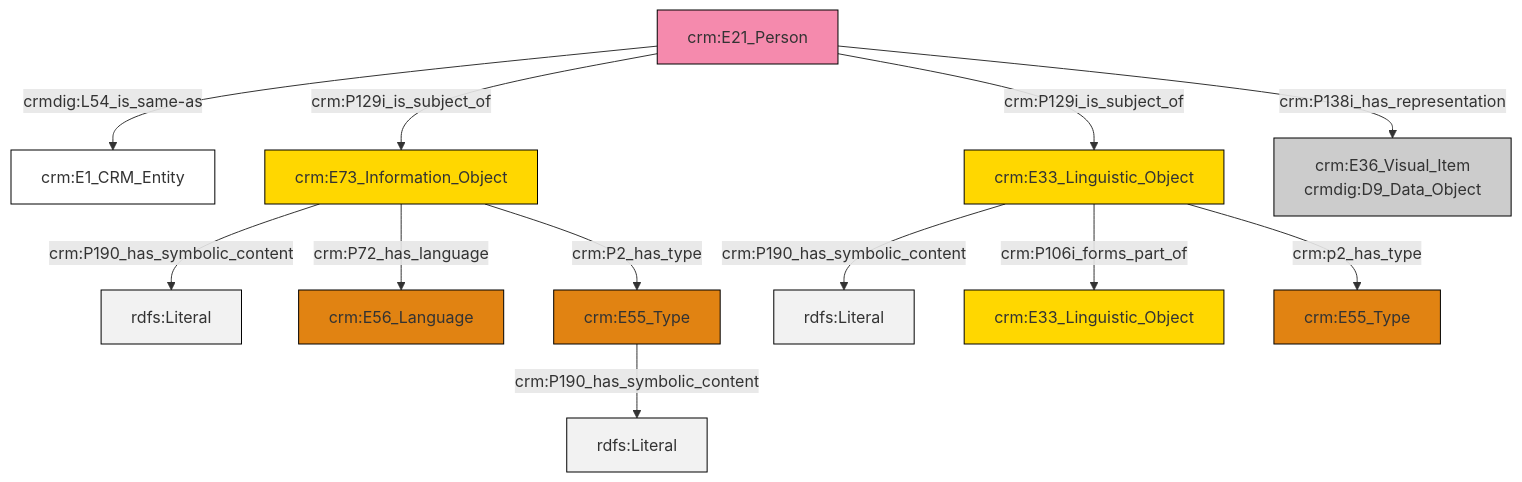
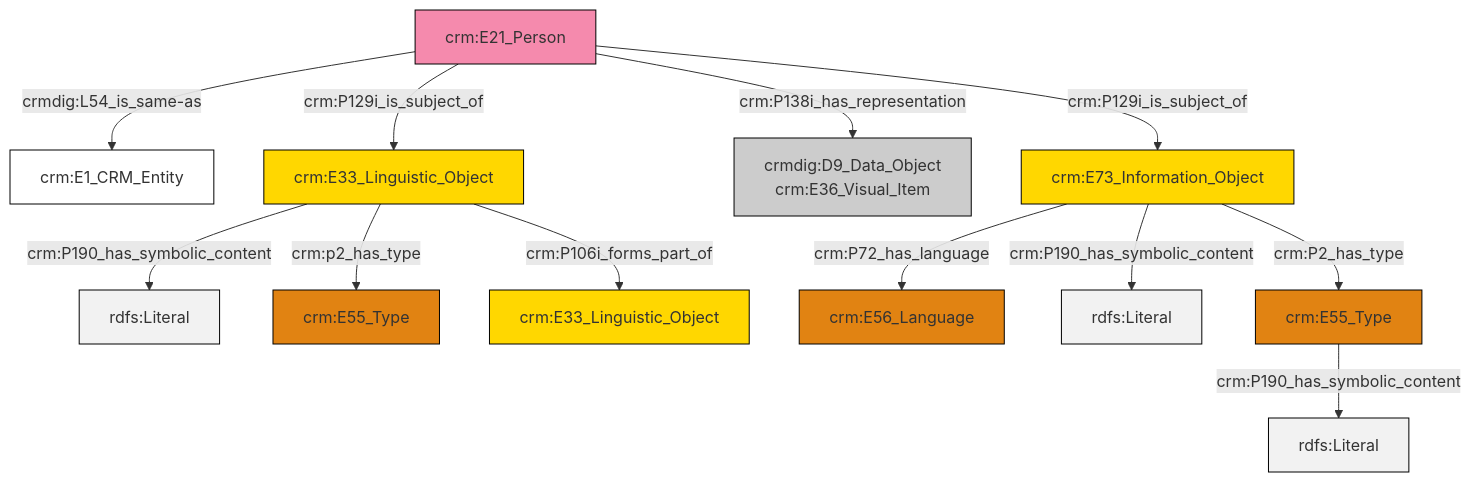
Before and after one commit to ncarboni/srdm: the diagram in et/personCSV/ttl/mmd/Person_Documentation.ttl.mmd, drawn with Mermaid. The commit also changed 187 other files, not shown here.

```diff
--- a/et/personCSV/ttl/mmd/Person_Documentation.ttl.mmd
+++ b/et/personCSV/ttl/mmd/Person_Documentation.ttl.mmd
@@ -1,26 +1,26 @@
 graph TD
 classDef Literal fill:#f2f2f2,stroke:#000000;
 classDef CRM_Entity fill:#FFFFFF,stroke:#000000;
 classDef Temporal_Entity fill:#00C9E6, stroke:#000000;
 classDef Type fill:#E18312, stroke:#000000;
 classDef Time-Span fill:#2C9C91, stroke:#000000;
 classDef Appellation fill:#FFEB7F, stroke:#000000;
 classDef Place fill:#008836, stroke:#000000;
 classDef Persistent_Item fill:#B266B2, stroke:#000000;
 classDef Conceptual_Object fill:#FFD700, stroke:#000000;
 classDef Physical_Thing fill:#D2B48C, stroke:#000000;
 classDef Actor fill:#f58aad, stroke:#000000;
 classDef PC_Classes fill:#4ce600, stroke:#000000;
 classDef Multi fill:#cccccc,stroke:#000000;
 
 0["crm:E21_Person"]:::Actor -->|crmdig:L54_is_same-as| 1["crm:E1_CRM_Entity"]:::CRM_Entity
-4["crm:E33_Linguistic_Object"]:::Conceptual_Object -->|crm:P190_has_symbolic_content| 5[rdfs:Literal]:::Literal
-6["crm:E73_Information_Object"]:::Conceptual_Object -->|crm:P190_has_symbolic_content| 7[rdfs:Literal]:::Literal
-6["crm:E73_Information_Object"]:::Conceptual_Object -->|crm:P72_has_language| 8["crm:E56_Language"]:::Type
-4["crm:E33_Linguistic_Object"]:::Conceptual_Object -->|crm:P106i_forms_part_of| 15["crm:E33_Linguistic_Object"]:::Conceptual_Object
+0["crm:E21_Person"]:::Actor -->|crm:P129i_is_subject_of| 2["crm:E33_Linguistic_Object"]:::Conceptual_Object
+10["crm:E55_Type"]:::Type -->|crm:P190_has_symbolic_content| 12[rdfs:Literal]:::Literal
+6["crm:E73_Information_Object"]:::Conceptual_Object -->|crm:P72_has_language| 13["crm:E56_Language"]:::Type
+2["crm:E33_Linguistic_Object"]:::Conceptual_Object -->|crm:P190_has_symbolic_content| 14[rdfs:Literal]:::Literal
+6["crm:E73_Information_Object"]:::Conceptual_Object -->|crm:P190_has_symbolic_content| 17[rdfs:Literal]:::Literal
+0["crm:E21_Person"]:::Actor -->|crm:P138i_has_representation| 4["crmdig:D9_Data_Object<br>crm:E36_Visual_Item"]:::Multi
+6["crm:E73_Information_Object"]:::Conceptual_Object -->|crm:P2_has_type| 10["crm:E55_Type"]:::Type
+2["crm:E33_Linguistic_Object"]:::Conceptual_Object -->|crm:p2_has_type| 15["crm:E55_Type"]:::Type
 0["crm:E21_Person"]:::Actor -->|crm:P129i_is_subject_of| 6["crm:E73_Information_Object"]:::Conceptual_Object
-4["crm:E33_Linguistic_Object"]:::Conceptual_Object -->|crm:p2_has_type| 11["crm:E55_Type"]:::Type
-0["crm:E21_Person"]:::Actor -->|crm:P129i_is_subject_of| 4["crm:E33_Linguistic_Object"]:::Conceptual_Object
-6["crm:E73_Information_Object"]:::Conceptual_Object -->|crm:P2_has_type| 2["crm:E55_Type"]:::Type
-0["crm:E21_Person"]:::Actor -->|crm:P138i_has_representation| 9["crm:E36_Visual_Item<br>crmdig:D9_Data_Object"]:::Multi
-2["crm:E55_Type"]:::Type -->|crm:P190_has_symbolic_content| 22[rdfs:Literal]:::Literal
+2["crm:E33_Linguistic_Object"]:::Conceptual_Object -->|crm:P106i_forms_part_of| 8["crm:E33_Linguistic_Object"]:::Conceptual_Object
```
